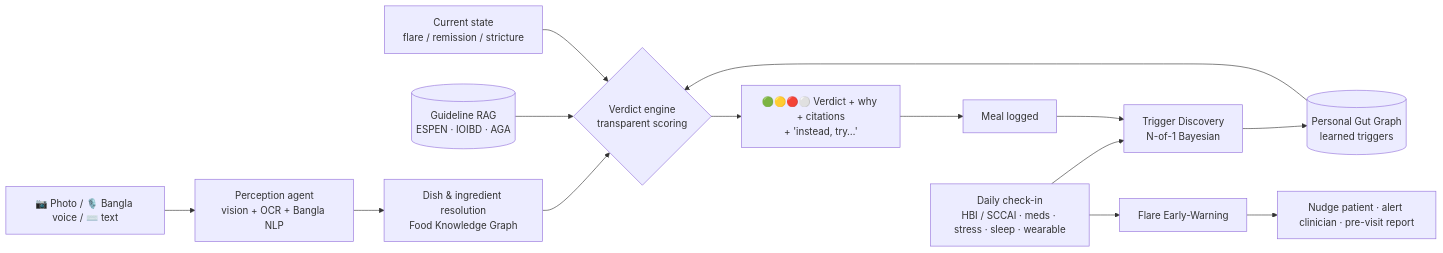
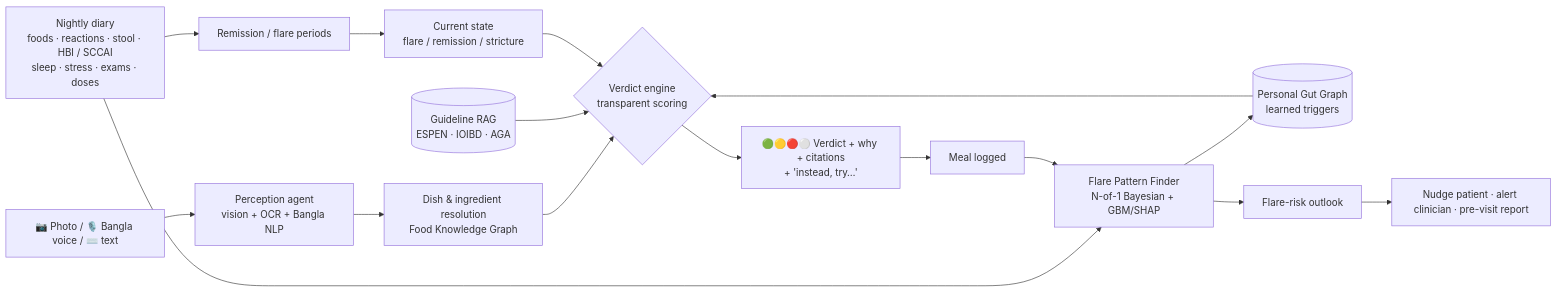
The diagram in docs/01-strategy.md (RyanAhmed911/HappyGut), drawn with Mermaid before and after one commit. The commit also changed other lines of this file and 23 other files, not shown here.

````diff
--- a/docs/01-strategy.md
+++ b/docs/01-strategy.md
@@ -103,16 +103,18 @@
 ```mermaid
 flowchart LR
     A[📷 Photo / 🎙️ Bangla voice / ⌨️ text] --> B[Perception agent<br/>vision + OCR + Bangla NLP]
     B --> C[Dish & ingredient resolution<br/>Food Knowledge Graph]
     C --> D{Verdict engine<br/>transparent scoring}
     E[(Personal Gut Graph<br/>learned triggers)] --> D
     F[(Guideline RAG<br/>ESPEN · IOIBD · AGA)] --> D
     G[Current state<br/>flare / remission / stricture] --> D
     D --> H[🟢🟡🔴⚪ Verdict + why + citations<br/>+ 'instead, try…']
     H --> I[Meal logged]
-    J[Daily check-in<br/>HBI / SCCAI · meds · stress · sleep · wearable] --> K[Trigger Discovery<br/>N-of-1 Bayesian]
+    J[Nightly diary<br/>foods · reactions · stool · HBI / SCCAI<br/>sleep · stress · exams · doses] --> K[Flare Pattern Finder<br/>N-of-1 Bayesian + GBM/SHAP]
     I --> K
     K --> E
-    J --> L[Flare Early-Warning]
+    J --> P[Remission / flare periods]
+    P --> G
+    K --> L[Flare-risk outlook]
     L --> M[Nudge patient · alert clinician · pre-visit report]
 ```
````
